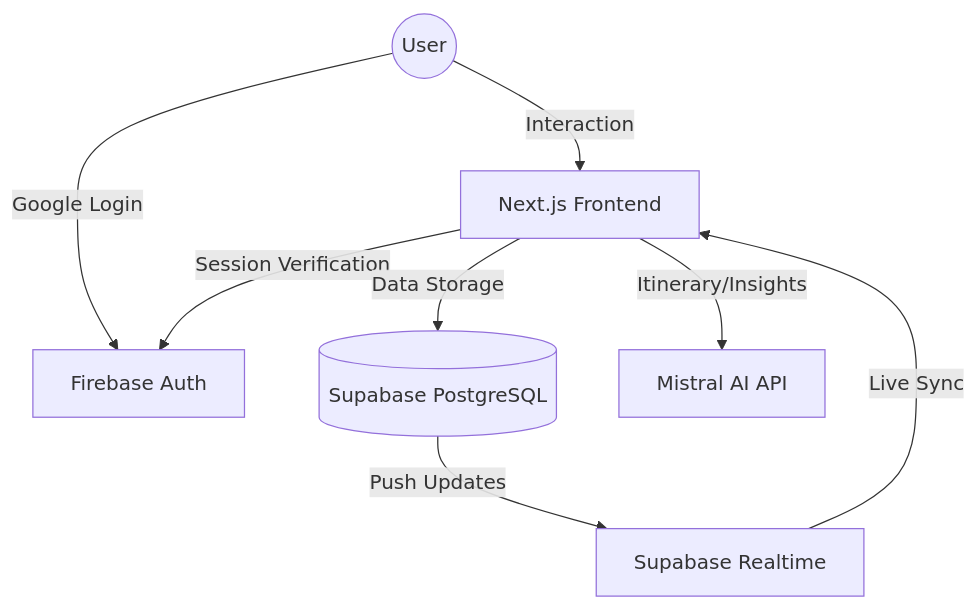
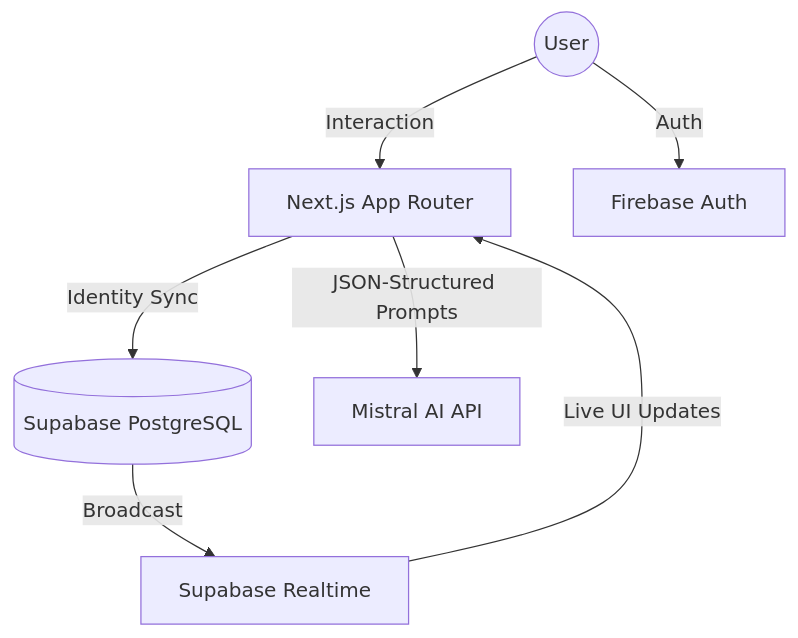
Before and after one commit to Pixie-19/TripSync-AI: the diagram in README.md, drawn with Mermaid. The commit also changed other lines of this file and 6 other files, not shown here.

````diff
--- a/README.md
+++ b/README.md
@@ -66,17 +68,16 @@
 ```mermaid
 graph TD
     User((User))
-    NextJS[Next.js Frontend]
+    NextJS[Next.js App Router]
     Firebase[Firebase Auth]
     SupabaseDB[(Supabase PostgreSQL)]
     SupabaseRT[Supabase Realtime]
     Mistral[Mistral AI API]
 
-    User -- Google Login --> Firebase
+    User -- Auth --> Firebase
     User -- Interaction --> NextJS
-    NextJS -- Session Verification --> Firebase
-    NextJS -- Data Storage --> SupabaseDB
-    NextJS -- Itinerary/Insights --> Mistral
-    SupabaseDB -- Push Updates --> SupabaseRT
-    SupabaseRT -- Live Sync --> NextJS
+    NextJS -- Identity Sync --> SupabaseDB
+    NextJS -- JSON-Structured Prompts --> Mistral
+    SupabaseDB -- Broadcast --> SupabaseRT
+    SupabaseRT -- Live UI Updates --> NextJS
 ```
````
